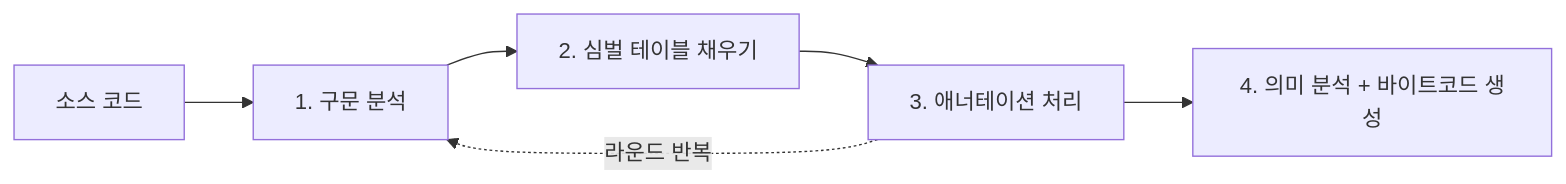
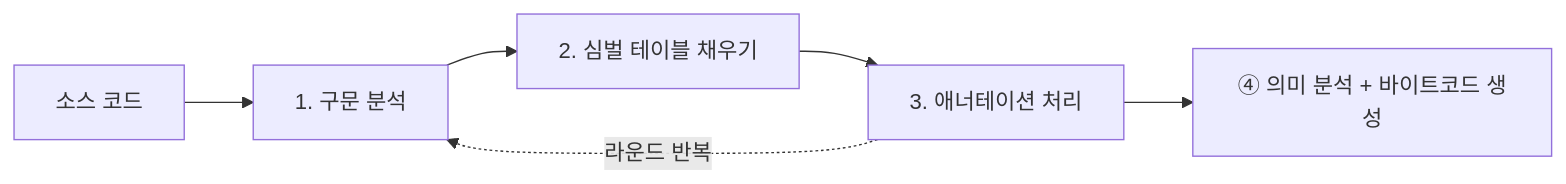
The diagram in jvm-book/part4/ch10/README.md (chjcmy/study), drawn with Mermaid before and after one commit. The commit also changed 7 other files, not shown here.

First line of the commit message:
fix: Mermaid 다이어그램 렌더링 오류 수정

````diff
--- a/jvm-book/part4/ch10/README.md
+++ b/jvm-book/part4/ch10/README.md
@@ -12,8 +12,8 @@
 ```mermaid
 graph LR
   src[소스 코드] --> p1[1. 구문 분석]
   p1 --> p2[2. 심벌 테이블 채우기]
   p2 --> p3[3. 애너테이션 처리]
-  p3 --> p4["4. 의미 분석 + 바이트코드 생성"]
+  p3 --> p4["④ 의미 분석 + 바이트코드 생성"]
   p3 -.->|라운드 반복| p1
 ```
````
